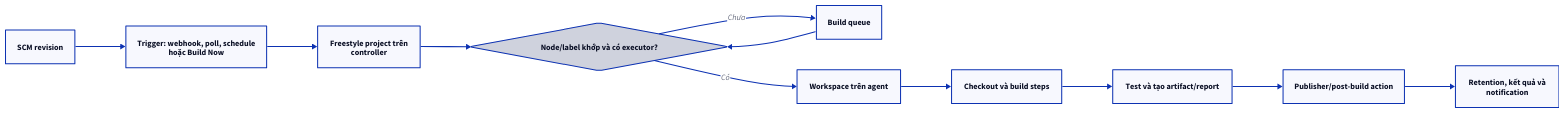
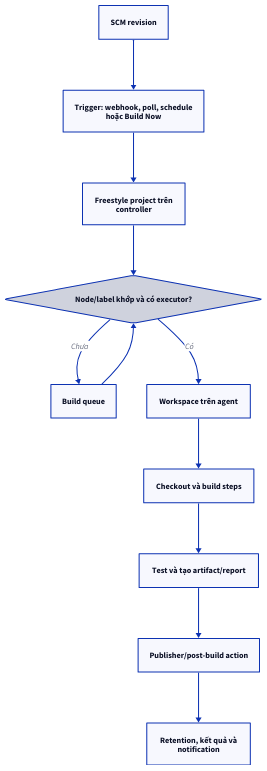
The diagram in content/docs/jobs/freestyle.mdx (vanhiep99w/jenkins-learn), drawn with D2 before and after one commit. The commit also changed 62 other files, not shown here.

Commit message:
fix: improve diagram layouts and inline readability

````diff
--- a/content/docs/jobs/freestyle.mdx
+++ b/content/docs/jobs/freestyle.mdx
@@ -52,26 +52,26 @@
-```d2 interactive title="Mô hình job và vòng đời build"
-direction: right
+```d2 interactive title="Mô hình job và vòng đời build" layout=elk
+direction: down
 A: "SCM revision"
 B: "Trigger: webhook, poll, schedule\nhoặc Build Now"
 C: "Freestyle project trên\ncontroller"
 D: "Node/label khớp và có executor?" {
   shape: diamond
 }
 E: "Build queue"
 F: "Workspace trên agent"
 G: "Checkout và build steps"
 H: "Test và tạo artifact/report"
 I: "Publisher/post-build action"
 J: "Retention, kết quả và\nnotification"
 
 A -> B
 B -> C
 C -> D
 D -> E: "Chưa"
 E -> D
 D -> F: "Có"
 F -> G
 G -> H
 H -> I
 I -> J
 ```
````
